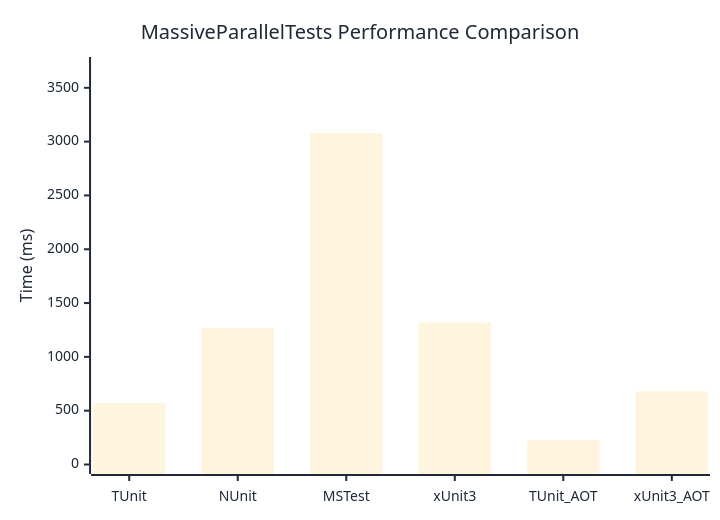
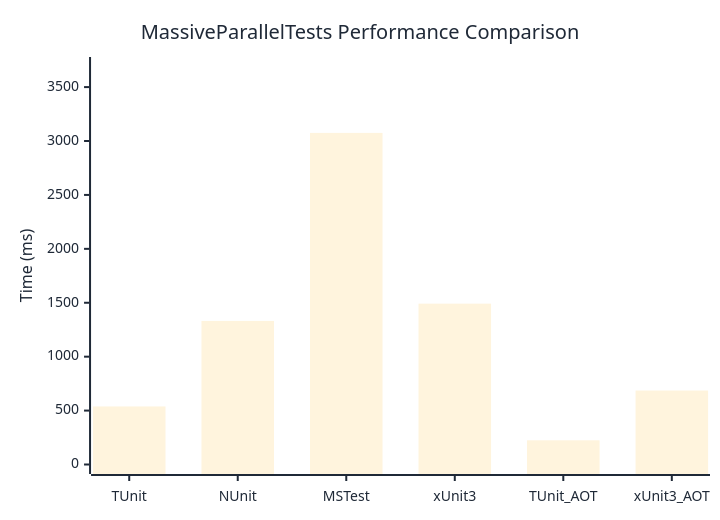
One commit to thomhurst/TUnit changed the diagram in docs/docs/benchmarks/engine/MassiveParallelTests.md. Above: the diagram before and after it, drawn with Mermaid. The commit also changed other lines of this file and 18 other files, not shown here.

````diff
--- a/docs/docs/benchmarks/engine/MassiveParallelTests.md
+++ b/docs/docs/benchmarks/engine/MassiveParallelTests.md
@@ -30,37 +30,37 @@
 ```mermaid
 %%{init: {
   'theme':'base',
   'themeVariables': {
     'primaryColor': '#2563eb',
     'primaryTextColor': '#1f2937',
     'primaryBorderColor': '#1e40af',
     'lineColor': '#6b7280',
     'secondaryColor': '#7c3aed',
     'tertiaryColor': '#dc2626',
     'background': '#ffffff',
     'mainBkg': '#2563eb',
     'secondBkg': '#7c3aed',
     'tertiaryBkg': '#dc2626',
     'clusterBkg': '#f3f4f6',
     'edgeLabelBackground': '#ffffff',
     'tertiaryTextColor': '#1f2937',
     'pie1': '#2563eb',
     'pie2': '#7c3aed',
     'pie3': '#dc2626',
     'pie4': '#f59e0b',
     'pie5': '#10b981',
     'pie6': '#06b6d4',
     'pie7': '#ec4899',
     'pie8': '#6366f1',
     'pie9': '#84cc16',
     'pie10': '#f97316',
     'pie11': '#14b8a6',
     'pie12': '#a855f7'
   }
 }}%%
 xychart-beta
   title "MassiveParallelTests Performance Comparison"
   x-axis ["TUnit", "NUnit", "MSTest", "xUnit3", "TUnit_AOT", "xUnit3_AOT"]
-  y-axis "Time (ms)" 0 --> 3698
-  bar [570.5, 1266.8, 3081.6, 1320.1, 224.8, 678.7]
+  y-axis "Time (ms)" 0 --> 3691
+  bar [538.5, 1331.4, 3075.1, 1491.6, 224.3, 686]
 ```
````
